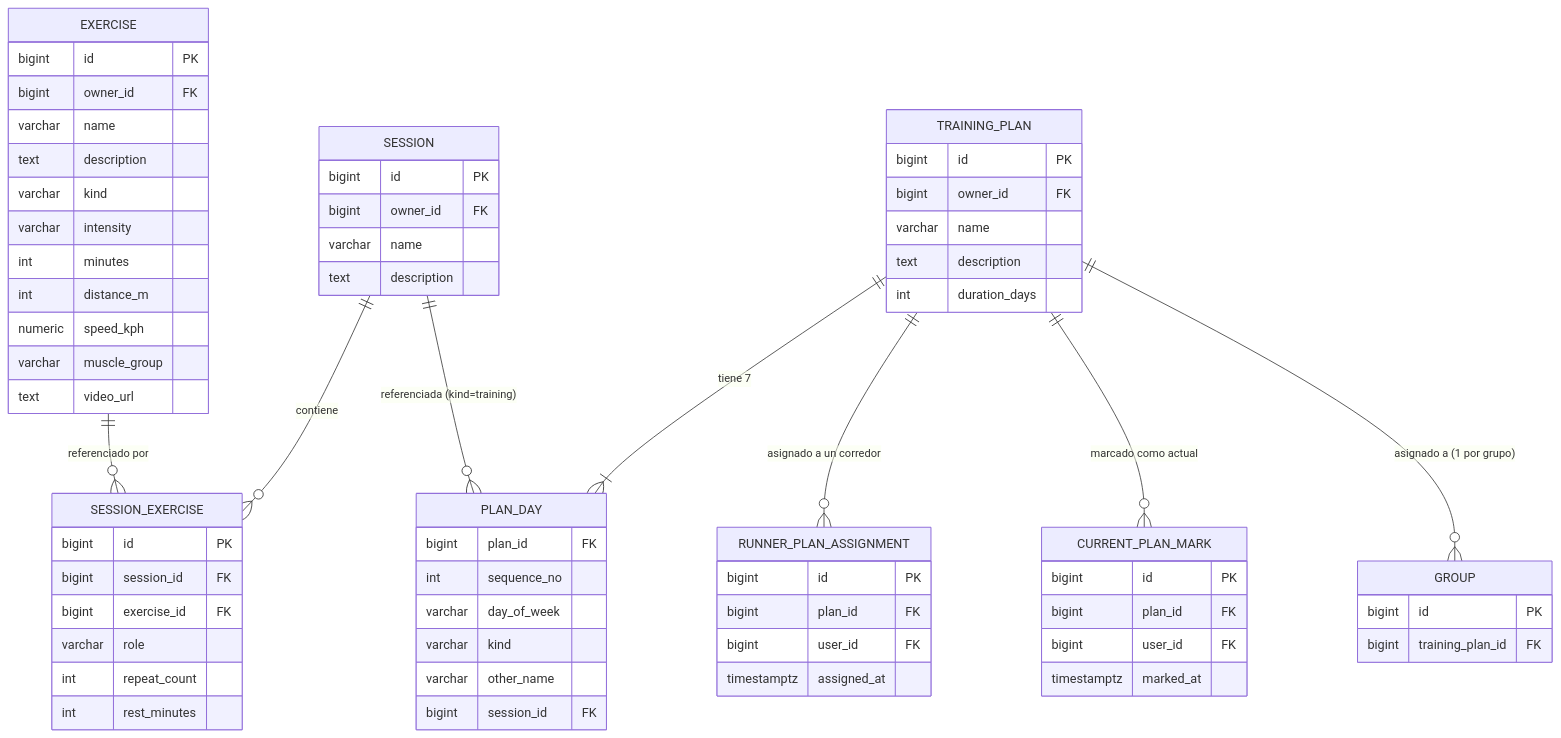
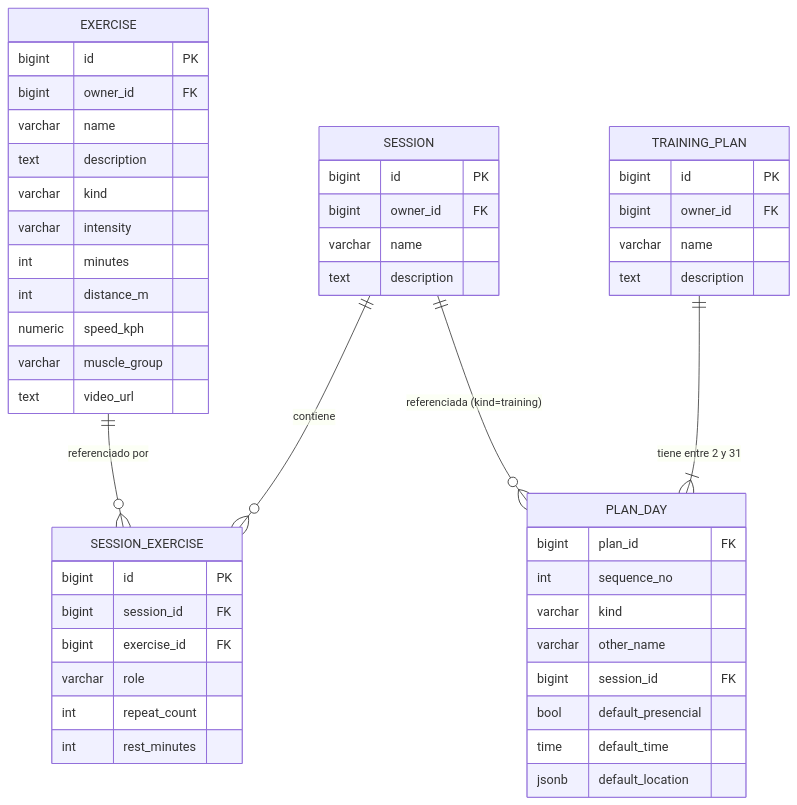
One commit to Paceron/paceron-frontend changed the diagram in docs/BACKEND_TRAINING_PLANS_SPEC.md. Above: the diagram before and after it, drawn with Mermaid. The commit also changed other lines of this file and 2 other files, not shown here.

First line of the commit message:
docs: redesign backend spec for group-calendar assignment

````diff
--- a/docs/BACKEND_TRAINING_PLANS_SPEC.md
+++ b/docs/BACKEND_TRAINING_PLANS_SPEC.md
@@ -206,69 +180,51 @@
 ```mermaid
 erDiagram
     EXERCISE {
         bigint id PK
         bigint owner_id FK
         varchar name
         text description
         varchar kind
         varchar intensity
         int minutes
         int distance_m
         numeric speed_kph
         varchar muscle_group
         text video_url
     }
     SESSION {
         bigint id PK
         bigint owner_id FK
         varchar name
         text description
     }
     SESSION_EXERCISE {
         bigint id PK
         bigint session_id FK
         bigint exercise_id FK
         varchar role
         int repeat_count
         int rest_minutes
     }
     TRAINING_PLAN {
         bigint id PK
         bigint owner_id FK
         varchar name
         text description
-        int duration_days
     }
     PLAN_DAY {
         bigint plan_id FK
         int sequence_no
-        varchar day_of_week
         varchar kind
         varchar other_name
         bigint session_id FK
-    }
-    RUNNER_PLAN_ASSIGNMENT {
-        bigint id PK
-        bigint plan_id FK
-        bigint user_id FK
-        timestamptz assigned_at
-    }
-    CURRENT_PLAN_MARK {
-        bigint id PK
-        bigint plan_id FK
-        bigint user_id FK
-        timestamptz marked_at
-    }
-    GROUP {
-        bigint id PK
-        bigint training_plan_id FK
+        bool default_presencial
+        time default_time
+        jsonb default_location
     }
 
     SESSION ||--o{ SESSION_EXERCISE : contiene
     EXERCISE ||--o{ SESSION_EXERCISE : "referenciado por"
-    TRAINING_PLAN ||--|{ PLAN_DAY : "tiene 7"
+    TRAINING_PLAN ||--|{ PLAN_DAY : "tiene entre 2 y 31"
     SESSION ||--o{ PLAN_DAY : "referenciada (kind=training)"
-    TRAINING_PLAN ||--o{ RUNNER_PLAN_ASSIGNMENT : "asignado a un corredor"
-    TRAINING_PLAN ||--o{ CURRENT_PLAN_MARK : "marcado como actual"
-    TRAINING_PLAN ||--o{ GROUP : "asignado a (1 por grupo)"
 ```
````
